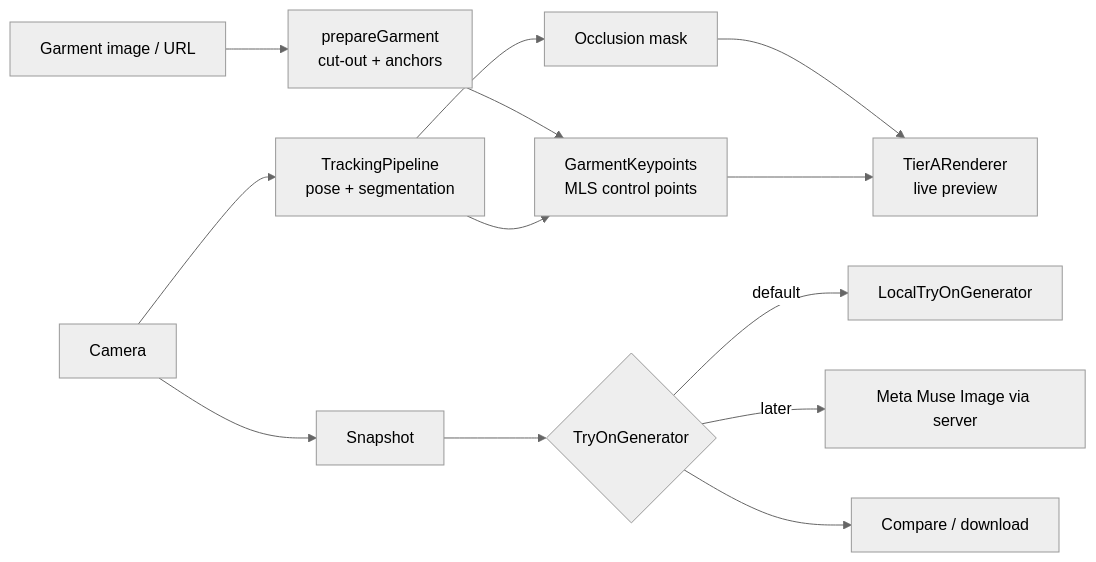
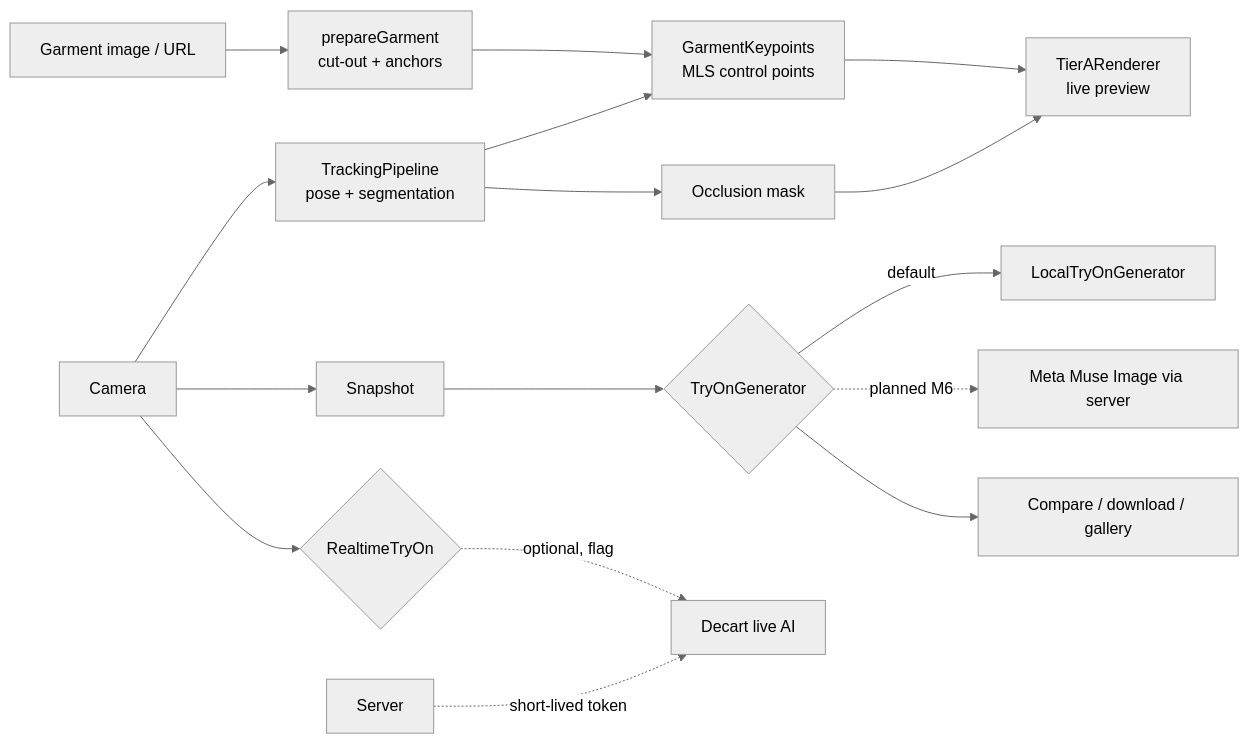
Before and after one commit to Shah-0-7/Temp-Meta: the diagram in README.md, drawn with Mermaid (neutral theme). The commit also changed other lines of this file and 17 other files, not shown here.

````diff
--- a/README.md
+++ b/README.md
@@ -34,15 +40,18 @@
 ```mermaid
 flowchart LR
   Cam[Camera] --> Pipe[TrackingPipeline<br/>pose + segmentation]
   Pipe --> Fit[GarmentKeypoints<br/>MLS control points]
   Garm[Garment image / URL] --> Prep[prepareGarment<br/>cut-out + anchors]
   Prep --> Fit
   Fit --> A[TierARenderer<br/>live preview]
   Pipe --> Occ[Occlusion mask]
   Occ --> A
   Cam --> Snap[Snapshot]
   Snap --> Gen{TryOnGenerator}
   Gen -->|default| Local[LocalTryOnGenerator]
-  Gen -->|later| Meta[Meta Muse Image via server]
-  Gen --> Out[Compare / download]
+  Gen -.->|planned M6| Meta[Meta Muse Image via server]
+  Gen --> Out[Compare / download / gallery]
+  Cam --> RT{RealtimeTryOn}
+  RT -.->|optional, flag| Decart[Decart live AI]
+  Srv[Server] -.->|short-lived token| Decart
 ```
````
